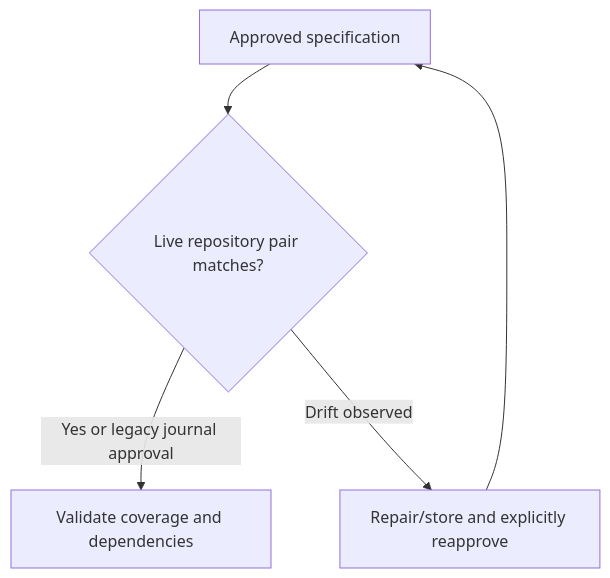
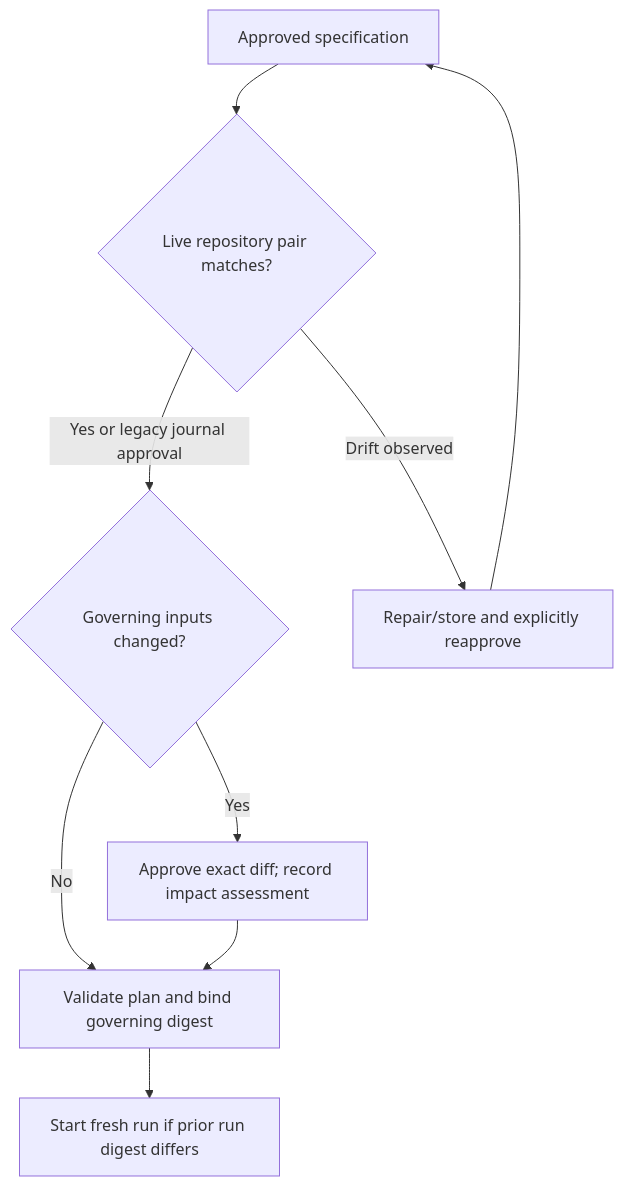
One commit to wgentil/devflow changed the diagram in skills/plan-work/SKILL.md. Above: the diagram before and after it, drawn with Mermaid. The commit also changed other lines of this file and 34 other files, not shown here.

````diff
--- a/skills/plan-work/SKILL.md
+++ b/skills/plan-work/SKILL.md
@@ -37,7 +37,11 @@
 ```mermaid
 flowchart TD
     Approval[Approved specification] --> Gate{Live repository pair matches?}
-    Gate -->|Yes or legacy journal approval| Plan[Validate coverage and dependencies]
+    Gate -->|Yes or legacy journal approval| Policy{Governing inputs changed?}
+    Policy -->|Yes| Reassess[Approve exact diff; record impact assessment]
+    Policy -->|No| Plan[Validate plan and bind governing digest]
+    Reassess --> Plan
+    Plan --> Fresh[Start fresh run if prior run digest differs]
     Gate -->|Drift observed| Repair[Repair/store and explicitly reapprove]
     Repair --> Approval
 ```
````
